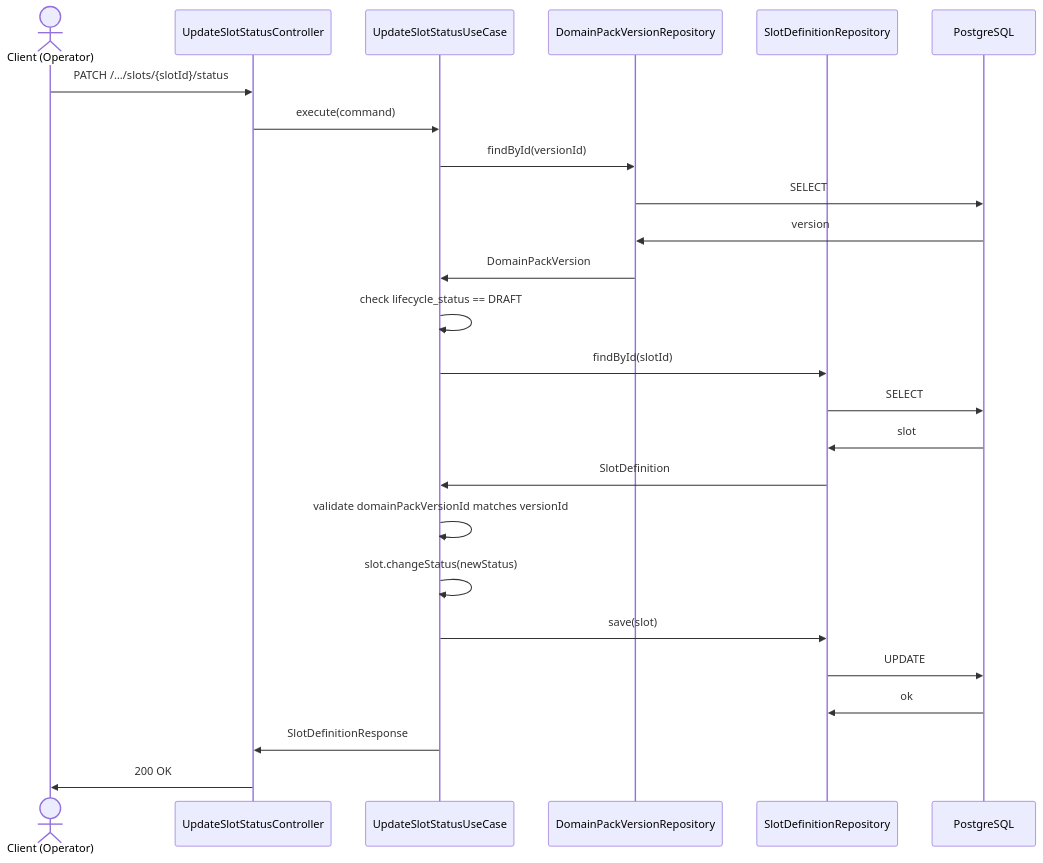
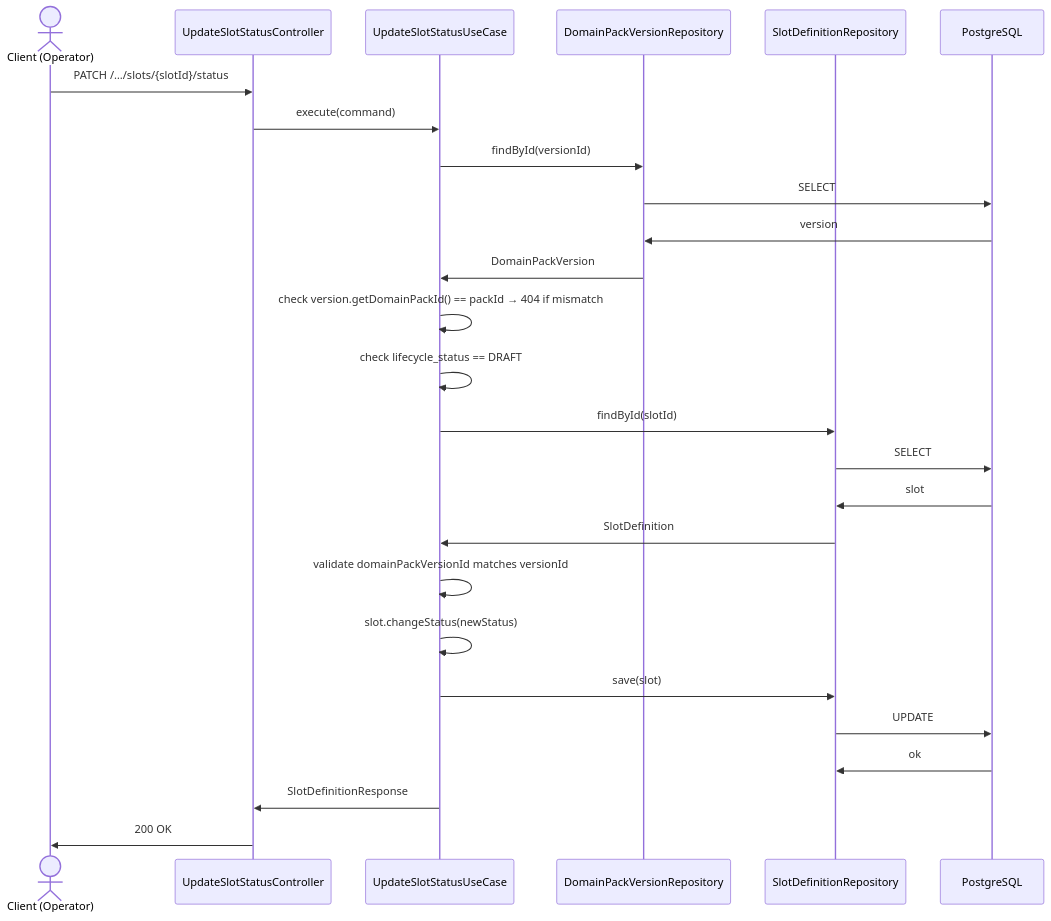
The second of 3 diagrams in .agent/specs/326.md (ajou-2026-1-capstone-5/ostone), drawn with Mermaid before and after one commit. The commit also changed other lines of this file, not shown here.

First line of the commit message:
docs(domain-pack): correct spec 326 per inline code review

````diff
--- a/.agent/specs/326.md
+++ b/.agent/specs/326.md
@@ -49,28 +50,29 @@
 ```mermaid
 sequenceDiagram
     actor c as Client (Operator)
     participant ctrl as UpdateSlotStatusController
     participant svc as UpdateSlotStatusUseCase
     participant vRepo as DomainPackVersionRepository
     participant sRepo as SlotDefinitionRepository
     participant db as PostgreSQL
 
     c ->> ctrl: PATCH /…/slots/{slotId}/status
     ctrl ->> svc: execute(command)
     svc ->> vRepo: findById(versionId)
     vRepo ->> db: SELECT
     db ->> vRepo: version
     vRepo ->> svc: DomainPackVersion
+    svc ->> svc: check version.getDomainPackId() == packId → 404 if mismatch
     svc ->> svc: check lifecycle_status == DRAFT
     svc ->> sRepo: findById(slotId)
     sRepo ->> db: SELECT
     db ->> sRepo: slot
     sRepo ->> svc: SlotDefinition
     svc ->> svc: validate domainPackVersionId matches versionId
     svc ->> svc: slot.changeStatus(newStatus)
     svc ->> sRepo: save(slot)
     sRepo ->> db: UPDATE
     db ->> sRepo: ok
     svc ->> ctrl: SlotDefinitionResponse
     ctrl ->> c: 200 OK
 ```
````
